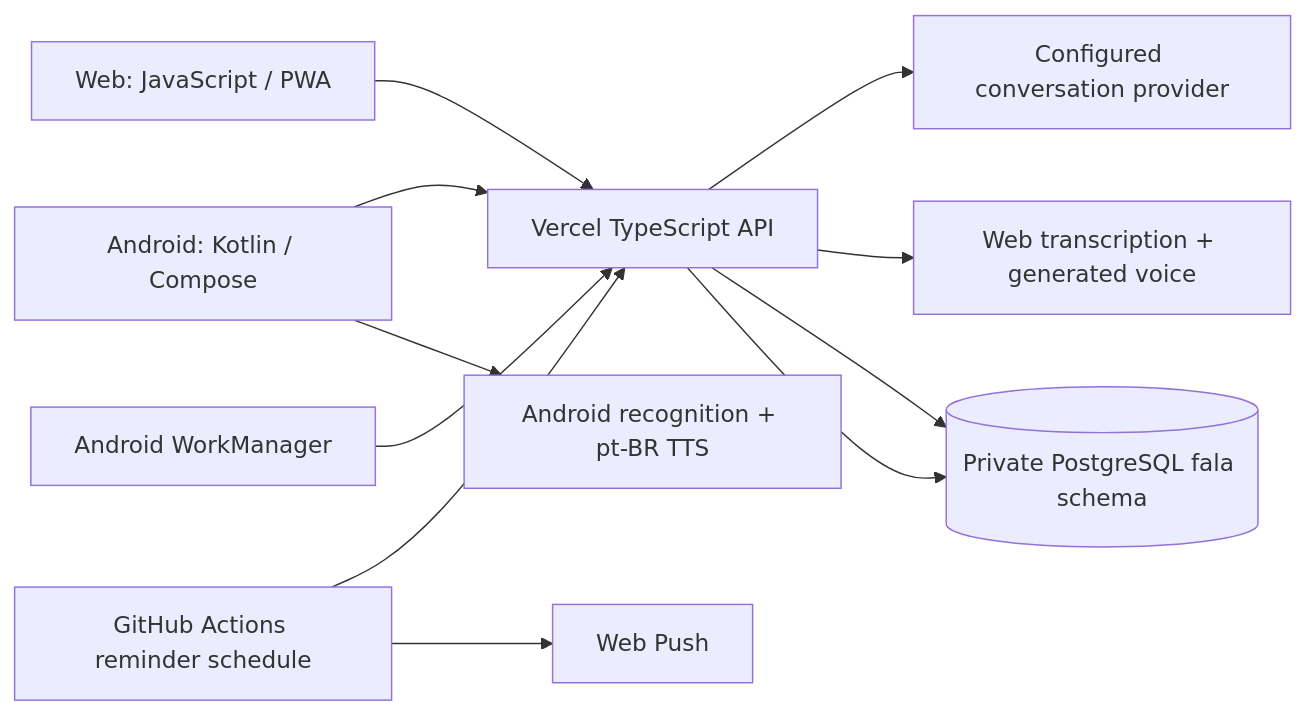
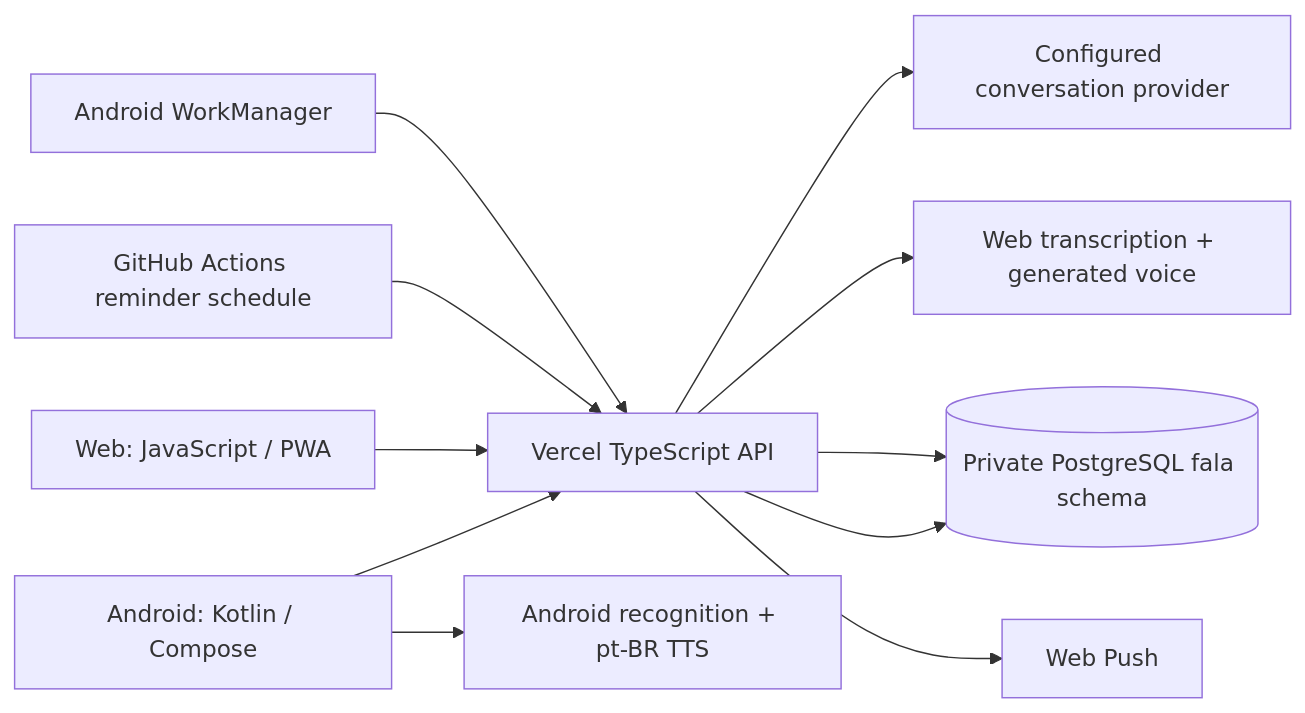
The diagram in docs/agent-handoff.md (gdarmon/SpeechApp), drawn with Mermaid before and after one commit. The commit also changed other lines of this file and 19 other files, not shown here.

````diff
--- a/docs/agent-handoff.md
+++ b/docs/agent-handoff.md
@@ -15,13 +15,13 @@
 ```mermaid
 flowchart LR
   Android[Android: Kotlin / Compose] --> API[Vercel TypeScript API]
   Browser[Web: JavaScript / PWA] --> API
   Android --> NativeSpeech[Android recognition + pt-BR TTS]
   API --> Coach[Configured conversation provider]
   API --> Audio[Web transcription + generated voice]
   API --> DB[(Private PostgreSQL fala schema)]
   Scheduler[GitHub Actions reminder schedule] --> API
   API --> DB
-  Scheduler --> Push[Web Push]
+  API --> Push[Web Push]
   Worker[Android WorkManager] --> API
 ```
````
